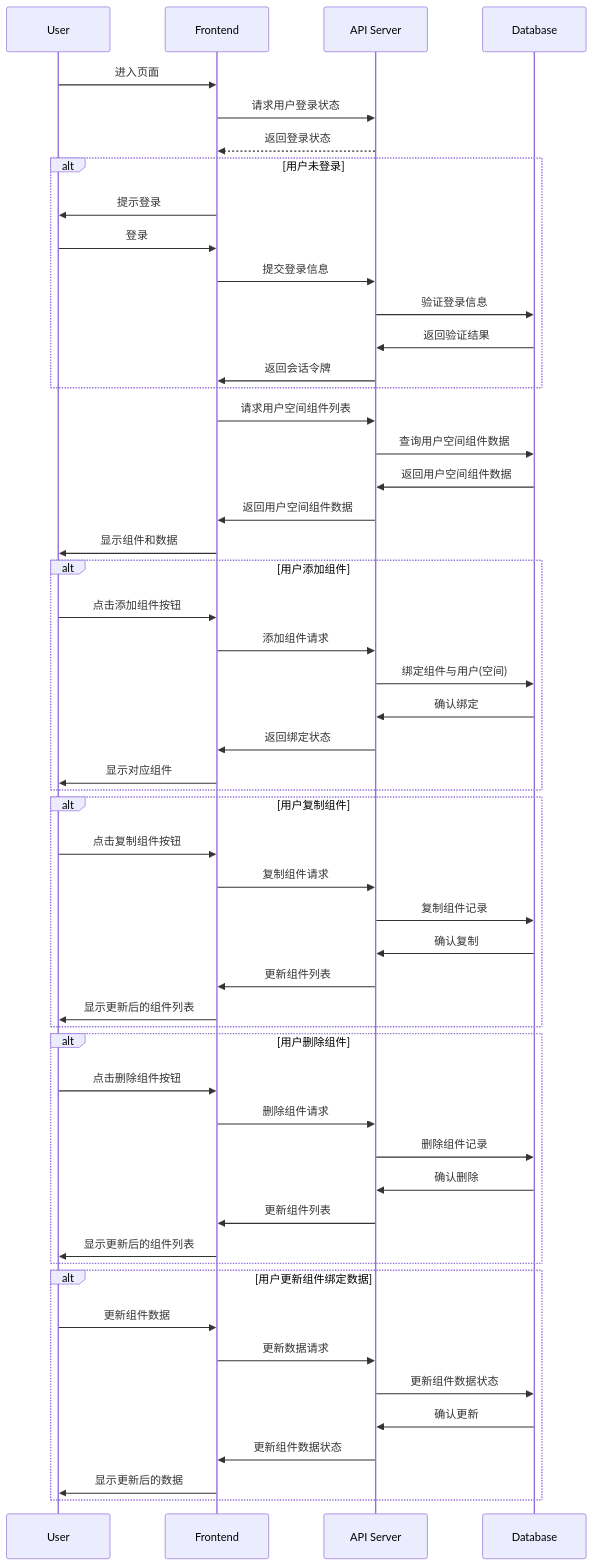
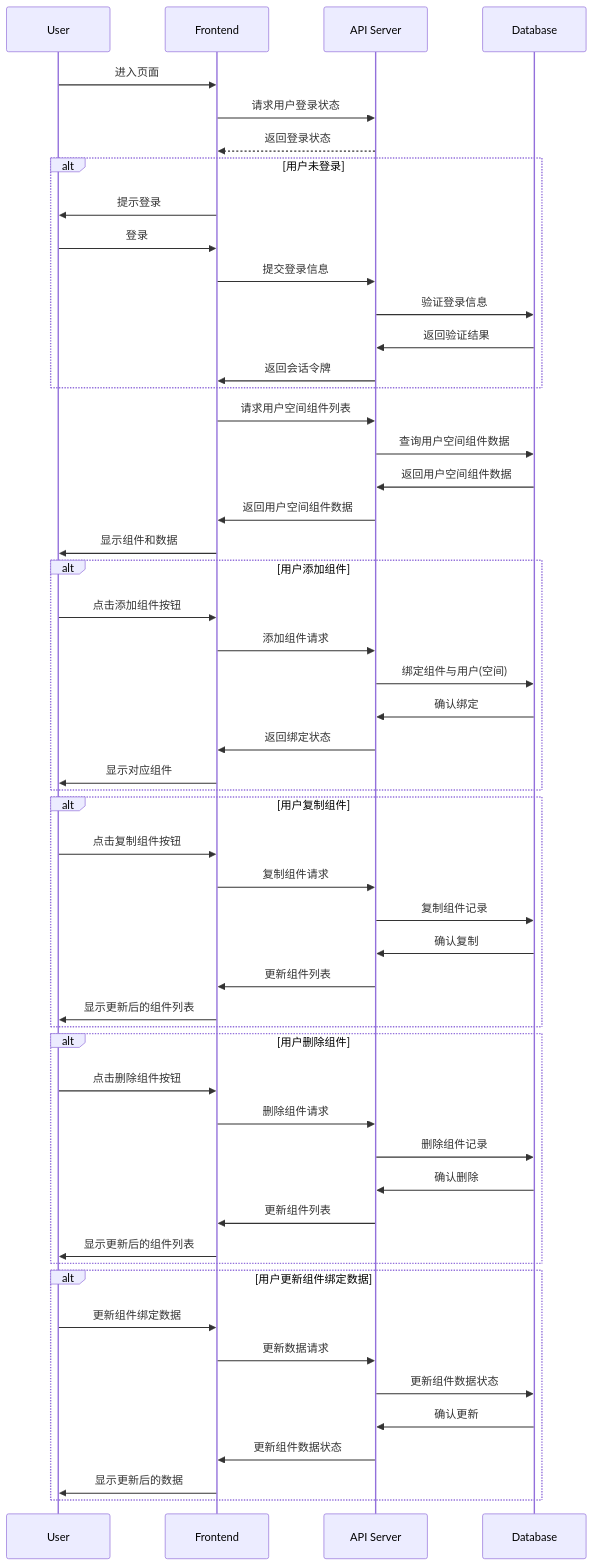
The diagram in all/未命名-7.md (yingjianzh/iodraw-files), drawn with Mermaid before and after one commit.

Commit message:
2024-10-09 10:28:20 update

````diff
--- a/all/未命名-7.md
+++ b/all/未命名-7.md
@@ -1,62 +1,62 @@
 ```mermaid
 sequenceDiagram
     participant User
     participant Frontend
     participant API Server
     participant Database
 
     User->>Frontend: 进入页面
     Frontend->>API Server: 请求用户登录状态
     API Server-->>Frontend: 返回登录状态
     alt 用户未登录
         Frontend->>User: 提示登录
         User->>Frontend: 登录
         Frontend->>API Server: 提交登录信息
         API Server->>Database: 验证登录信息
         Database->>API Server: 返回验证结果
         API Server->>Frontend: 返回会话令牌
     end
 
     Frontend->>API Server: 请求用户空间组件列表
     API Server->>Database: 查询用户空间组件数据
     Database->>API Server: 返回用户空间组件数据
     API Server->>Frontend: 返回用户空间组件数据
     Frontend->>User: 显示组件和数据
 
     alt 用户添加组件
         User->>Frontend: 点击添加组件按钮
         Frontend->>API Server: 添加组件请求
         API Server->>Database: 绑定组件与用户(空间)
         Database->>API Server: 确认绑定
         API Server->>Frontend: 返回绑定状态
         Frontend->>User: 显示对应组件
     end
 
     alt 用户复制组件
         User->>Frontend: 点击复制组件按钮
         Frontend->>API Server: 复制组件请求
         API Server->>Database: 复制组件记录
         Database->>API Server: 确认复制
         API Server->>Frontend: 更新组件列表
         Frontend->>User: 显示更新后的组件列表
     end
 
     alt 用户删除组件
         User->>Frontend: 点击删除组件按钮
         Frontend->>API Server: 删除组件请求
         API Server->>Database: 删除组件记录
         Database->>API Server: 确认删除
         API Server->>Frontend: 更新组件列表
         Frontend->>User: 显示更新后的组件列表
     end
 
     alt 用户更新组件绑定数据
-        User->>Frontend: 更新组件数据
+        User->>Frontend: 更新组件绑定数据
         Frontend->>API Server: 更新数据请求
         API Server->>Database: 更新组件数据状态
         Database->>API Server: 确认更新
         API Server->>Frontend: 更新组件数据状态
         Frontend->>User: 显示更新后的数据
     end
 
 ```
````
